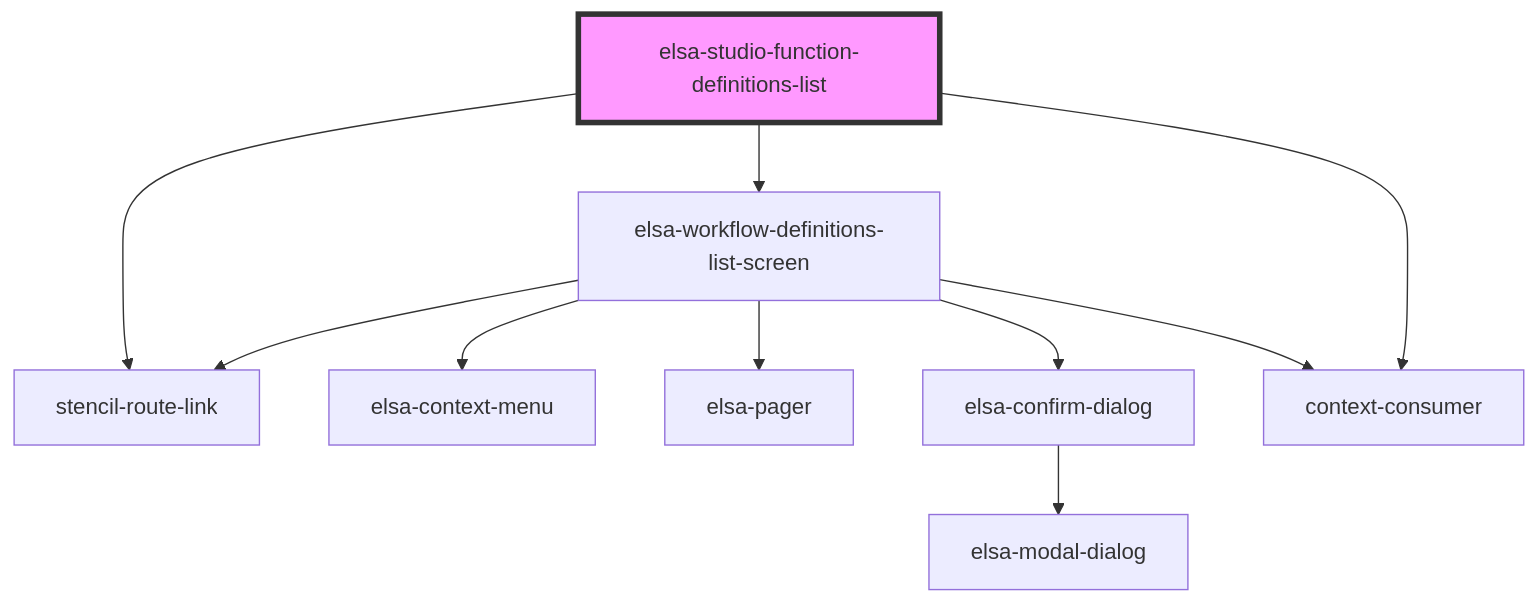
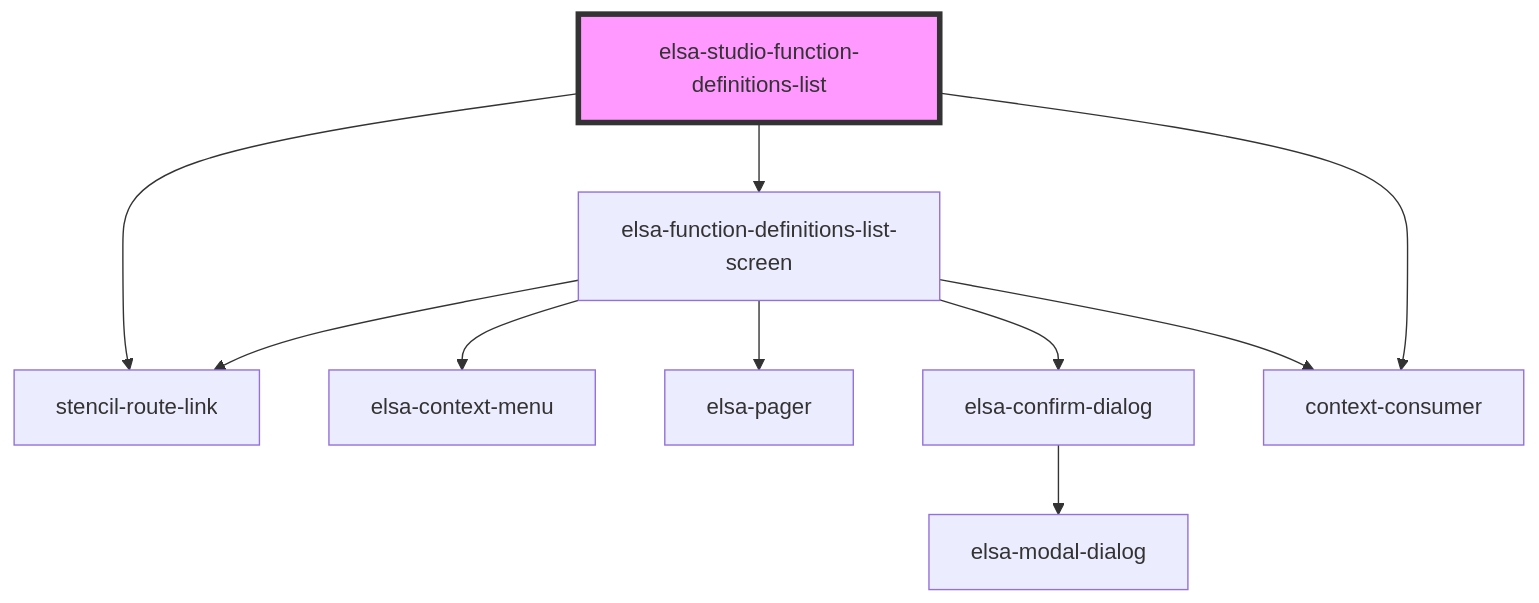
The diagram in src/designer/elsa-workflows-studio/src/components/dashboard/pages/elsa-studio-function-definitions-list/readme.md (dopi4720/elsa-core), drawn with Mermaid before and after one commit. The commit also changed other lines of this file and 70 other files, not shown here.

````diff
--- a/src/designer/elsa-workflows-studio/src/components/dashboard/pages/elsa-studio-function-definitions-list/readme.md
+++ b/src/designer/elsa-workflows-studio/src/components/dashboard/pages/elsa-studio-function-definitions-list/readme.md
@@ -27,13 +27,13 @@
 ```mermaid
 graph TD;
   elsa-studio-function-definitions-list --> stencil-route-link
-  elsa-studio-function-definitions-list --> elsa-workflow-definitions-list-screen
+  elsa-studio-function-definitions-list --> elsa-function-definitions-list-screen
   elsa-studio-function-definitions-list --> context-consumer
-  elsa-workflow-definitions-list-screen --> stencil-route-link
-  elsa-workflow-definitions-list-screen --> elsa-context-menu
-  elsa-workflow-definitions-list-screen --> elsa-pager
-  elsa-workflow-definitions-list-screen --> elsa-confirm-dialog
-  elsa-workflow-definitions-list-screen --> context-consumer
+  elsa-function-definitions-list-screen --> stencil-route-link
+  elsa-function-definitions-list-screen --> elsa-context-menu
+  elsa-function-definitions-list-screen --> elsa-pager
+  elsa-function-definitions-list-screen --> elsa-confirm-dialog
+  elsa-function-definitions-list-screen --> context-consumer
   elsa-confirm-dialog --> elsa-modal-dialog
   style elsa-studio-function-definitions-list fill:#f9f,stroke:#333,stroke-width:4px
 ```
````
